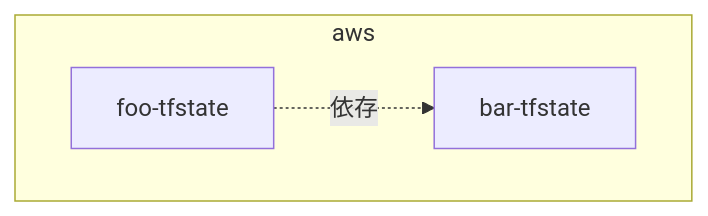
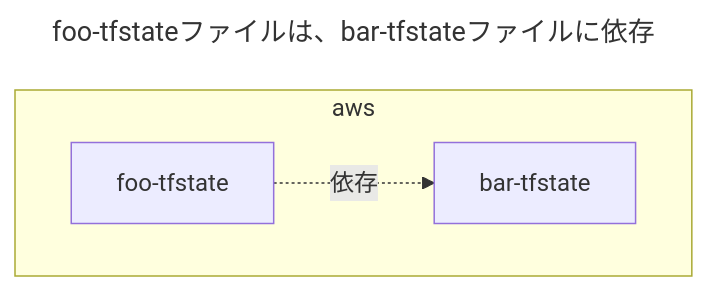
The second of 12 diagrams in dist/draft/Terraformのtfstateファイルの分割手法.md (hiroki-it/hatenablog), drawn with Mermaid before and after one commit. The commit also changed other lines of this file, not shown here.

````diff
--- a/dist/draft/Terraformのtfstateファイルの分割手法.md
+++ b/dist/draft/Terraformのtfstateファイルの分割手法.md
@@ -159,9 +159,12 @@
 ```mermaid
+---
+title: foo-tfstateファイルは、bar-tfstateファイルに依存
+---
 %%{init:{'theme':'natural'}}%%
 flowchart TD
     subgraph aws
         Foo[foo-tfstate]
         Bar[bar-tfstate]
     end
     Foo -. 依存 .-> Bar
 ```
````
